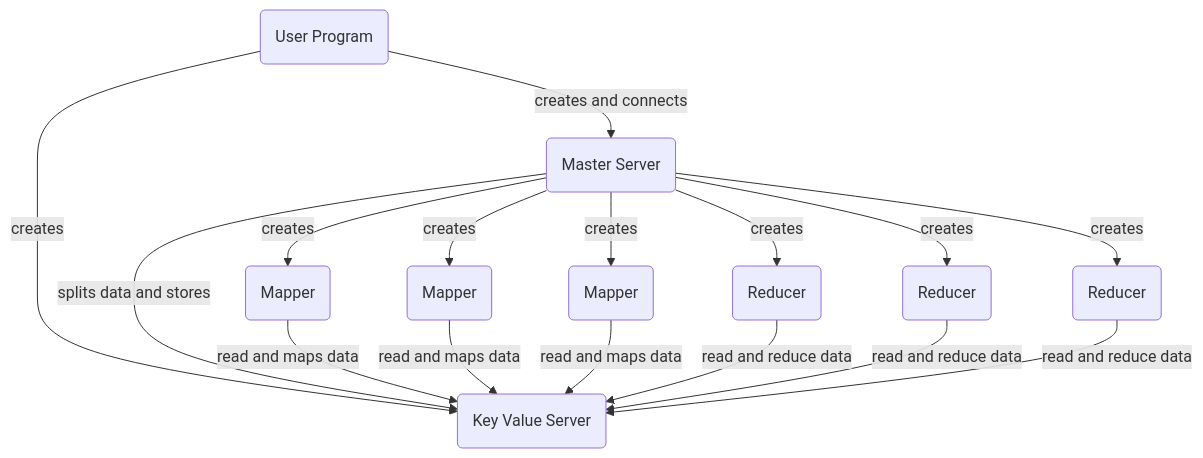
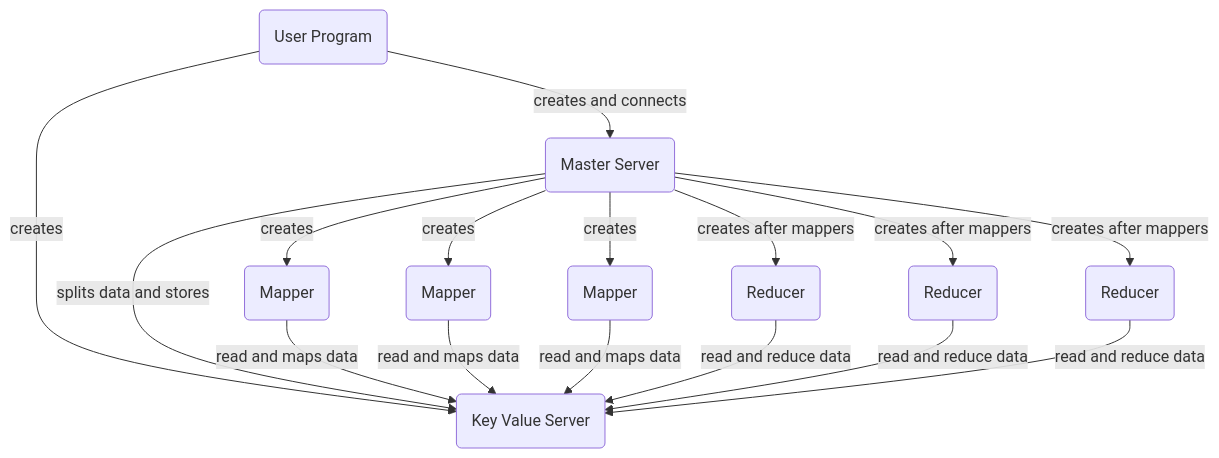
The diagram in Readme.md (PrudhviVajja/DistributedMapReduce), drawn with Mermaid before and after one commit. The commit also changed other lines of this file and 10 other files, not shown here.

````diff
--- a/Readme.md
+++ b/Readme.md
@@ -39,19 +39,19 @@
 ```mermaid
 graph TD;
 		A(User Program)-->|creates and connects|B(Master Server);
 		A(User Program)-->|creates|C(Key Value Server);
 		B(Master Server)-->|splits data and stores|C(Key Value Server);
 		B(Master Server)-->|creates|D1(Mapper);
 		B(Master Server)-->|creates|D2(Mapper);
 		B(Master Server)-->|creates|D3(Mapper);
 		D1(Mapper)-->|read and maps data|C(Key Value Server);
 		D2(Mapper)-->|read and maps data|C(Key Value Server);
 		D3(Mapper)-->|read and maps data|C(Key Value Server);
-		B(Master Server)-->|creates|E1(Reducer);
-		B(Master Server)-->|creates|E2(Reducer);
-		B(Master Server)-->|creates|E3(Reducer);
+		B(Master Server)-->|creates after mappers|E1(Reducer);
+		B(Master Server)-->|creates after mappers|E2(Reducer);
+		B(Master Server)-->|creates after mappers|E3(Reducer);
 		E1(Reducer)-->|read and reduce data|C(Key Value Server);
 		E2(Reducer)-->|read and reduce data|C(Key Value Server);
 		E3(Reducer)-->|read and reduce data|C(Key Value Server);
 		
 ```
````
